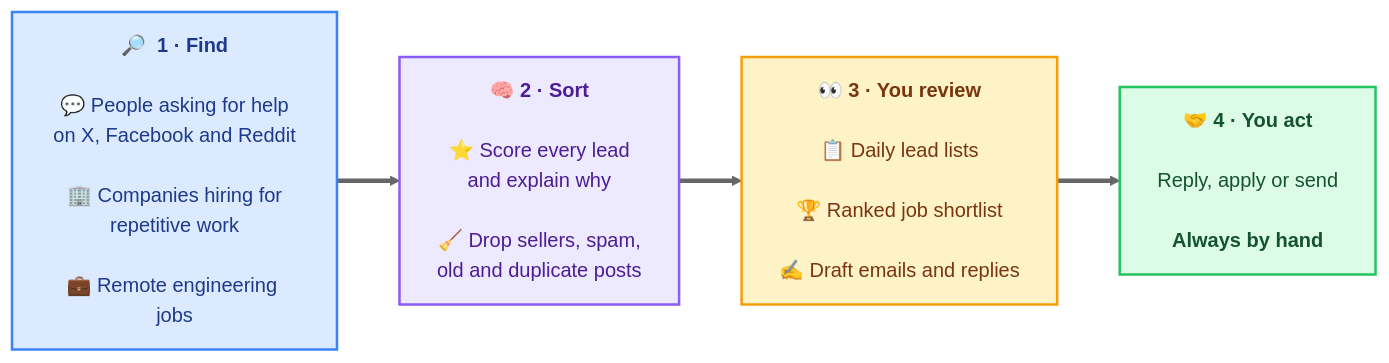
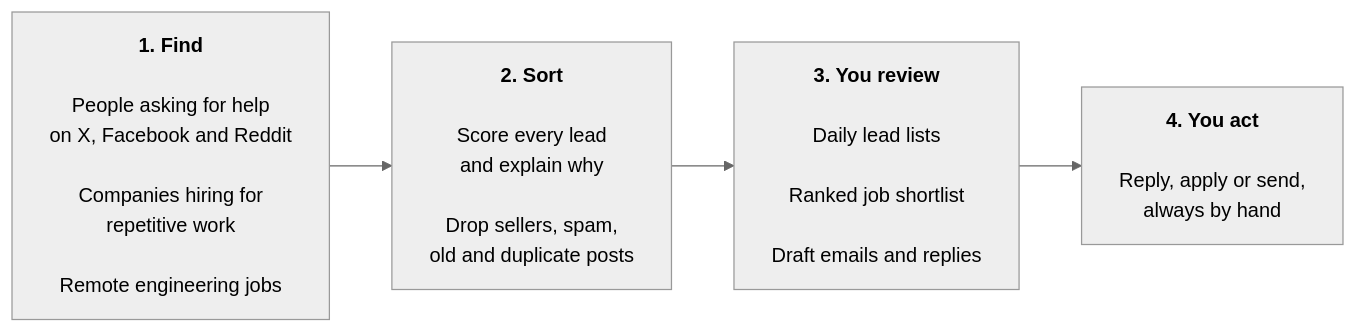
The first of 2 diagrams in README.md (Jaseempk/shekel-radar), drawn with Mermaid (neutral theme) before and after one commit. The commit also changed other lines of this file, not shown here.

Commit message:
docs: use plain styling for README diagrams

````diff
--- a/README.md
+++ b/README.md
@@ -11,18 +11,9 @@
 ```mermaid
 flowchart LR
-    F["<b>🔎  1 · Find</b><br/><br/>💬 People asking for help<br/>on X, Facebook and Reddit<br/><br/>🏢 Companies hiring for<br/>repetitive work<br/><br/>💼 Remote engineering jobs"]
-    S["<b>🧠  2 · Sort</b><br/><br/>⭐ Score every lead<br/>and explain why<br/><br/>🧹 Drop sellers, spam,<br/>old and duplicate posts"]
-    R["<b>👀  3 · You review</b><br/><br/>📋 Daily lead lists<br/><br/>🏆 Ranked job shortlist<br/><br/>✍️ Draft emails and replies"]
-    A["<b>🤝  4 · You act</b><br/><br/>Reply, apply or send<br/><br/><b>Always by hand</b>"]
+    F["<b>1. Find</b><br/><br/>People asking for help<br/>on X, Facebook and Reddit<br/><br/>Companies hiring for<br/>repetitive work<br/><br/>Remote engineering jobs"]
+    S["<b>2. Sort</b><br/><br/>Score every lead<br/>and explain why<br/><br/>Drop sellers, spam,<br/>old and duplicate posts"]
+    R["<b>3. You review</b><br/><br/>Daily lead lists<br/><br/>Ranked job shortlist<br/><br/>Draft emails and replies"]
+    A["<b>4. You act</b><br/><br/>Reply, apply or send,<br/>always by hand"]
 
-    F ==> S ==> R ==> A
-
-    classDef find fill:#dbeafe,stroke:#3b82f6,stroke-width:2px,color:#1e3a8a
-    classDef sort fill:#ede9fe,stroke:#8b5cf6,stroke-width:2px,color:#4c1d95
-    classDef review fill:#fef3c7,stroke:#f59e0b,stroke-width:2px,color:#78350f
-    classDef act fill:#dcfce7,stroke:#22c55e,stroke-width:2px,color:#14532d
-    class F find
-    class S sort
-    class R review
-    class A act
+    F --> S --> R --> A
 ```
````
